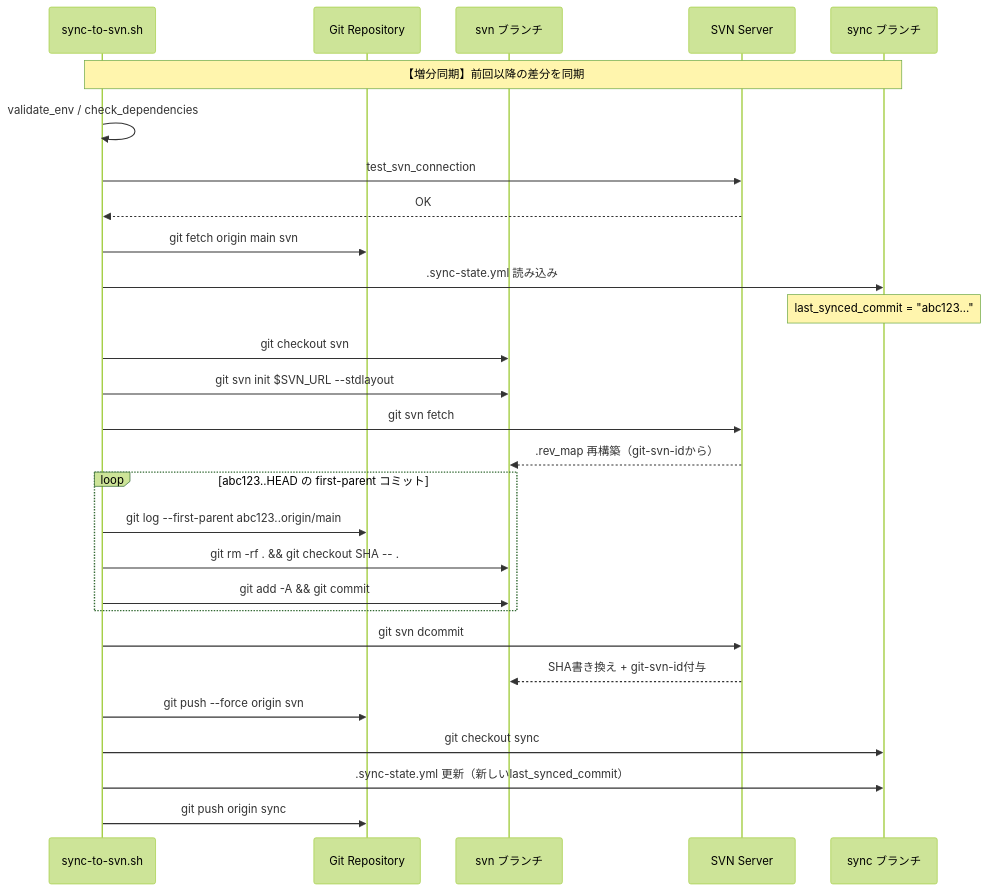
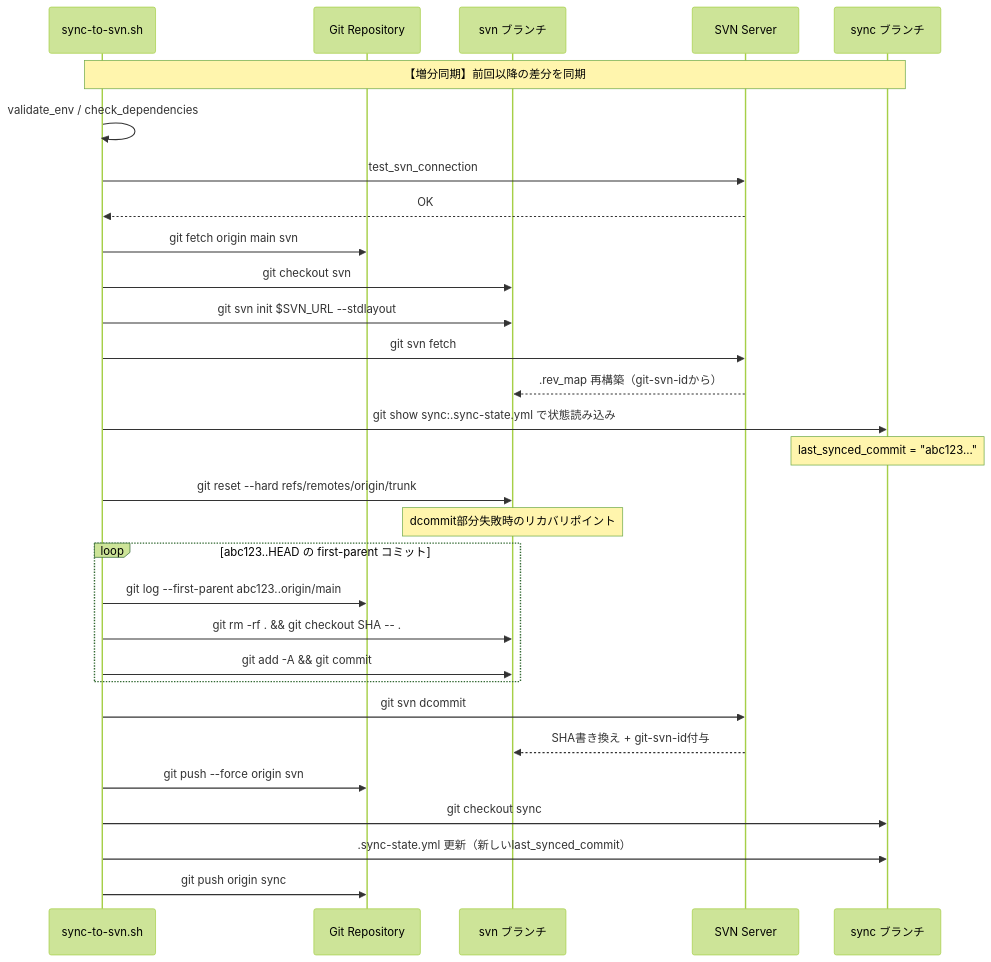
The fifth of 10 diagrams in docs/git-svn-backup/design/04_process-flow-design.md (NagasakaH/dev-process), drawn with Mermaid (forest theme) before and after one commit. The commit also changed other lines of this file and 4 other files, not shown here.

````diff
--- a/docs/git-svn-backup/design/04_process-flow-design.md
+++ b/docs/git-svn-backup/design/04_process-flow-design.md
@@ -142,39 +146,42 @@
 ```mermaid
 sequenceDiagram
     participant SCRIPT as sync-to-svn.sh
     participant GIT as Git Repository
     participant SVN_BR as svn ブランチ
     participant SVN_SRV as SVN Server
     participant SYNC_BR as sync ブランチ
 
     Note over SCRIPT,SYNC_BR: 【増分同期】前回以降の差分を同期
 
     SCRIPT->>SCRIPT: validate_env / check_dependencies
     SCRIPT->>SVN_SRV: test_svn_connection
     SVN_SRV-->>SCRIPT: OK
 
     SCRIPT->>GIT: git fetch origin main svn
 
-    SCRIPT->>SYNC_BR: .sync-state.yml 読み込み
-    Note over SYNC_BR: last_synced_commit = "abc123..."
-
     SCRIPT->>SVN_BR: git checkout svn
     SCRIPT->>SVN_BR: git svn init $SVN_URL --stdlayout
     SCRIPT->>SVN_SRV: git svn fetch
     SVN_SRV-->>SVN_BR: .rev_map 再構築（git-svn-idから）
+
+    SCRIPT->>SYNC_BR: git show sync:.sync-state.yml で状態読み込み
+    Note over SYNC_BR: last_synced_commit = "abc123..."
+
+    SCRIPT->>SVN_BR: git reset --hard refs/remotes/origin/trunk
+    Note over SVN_BR: dcommit部分失敗時のリカバリポイント
 
     loop abc123..HEAD の first-parent コミット
         SCRIPT->>GIT: git log --first-parent abc123..origin/main
         SCRIPT->>SVN_BR: git rm -rf . && git checkout SHA -- .
         SCRIPT->>SVN_BR: git add -A && git commit
     end
 
     SCRIPT->>SVN_SRV: git svn dcommit
     SVN_SRV-->>SVN_BR: SHA書き換え + git-svn-id付与
 
     SCRIPT->>GIT: git push --force origin svn
 
     SCRIPT->>SYNC_BR: git checkout sync
     SCRIPT->>SYNC_BR: .sync-state.yml 更新（新しいlast_synced_commit）
     SCRIPT->>GIT: git push origin sync
 ```
````
